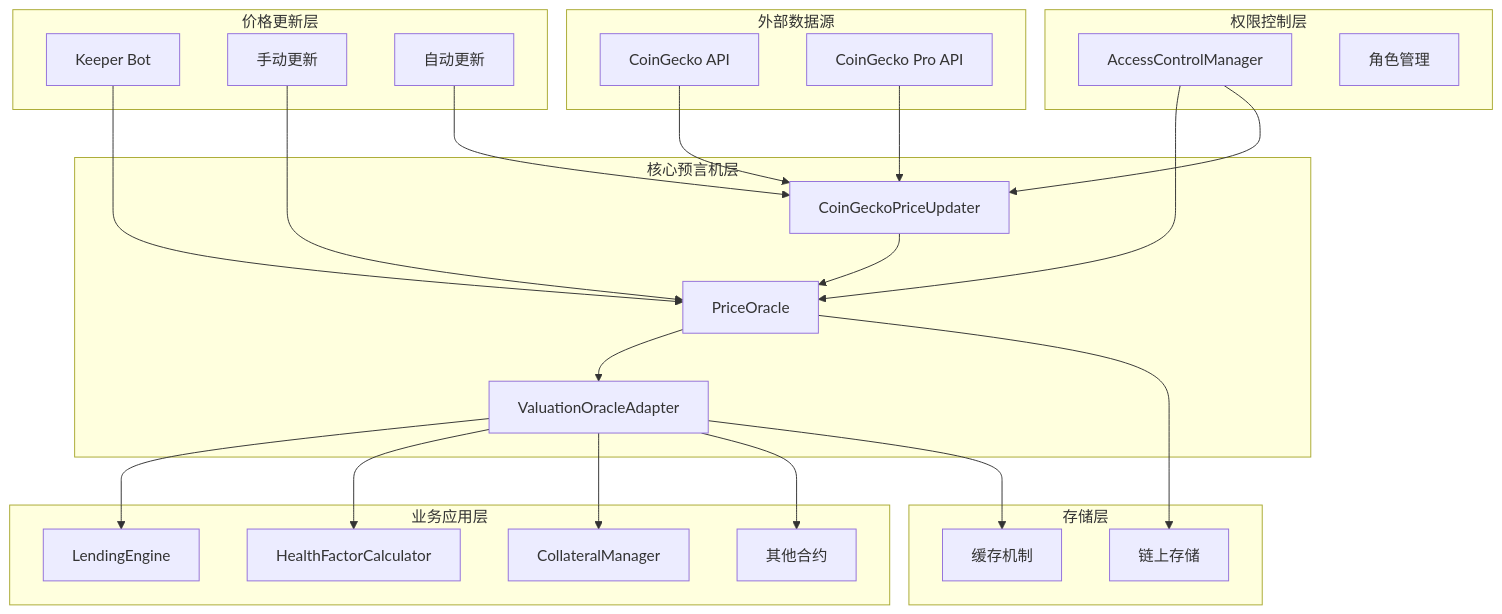
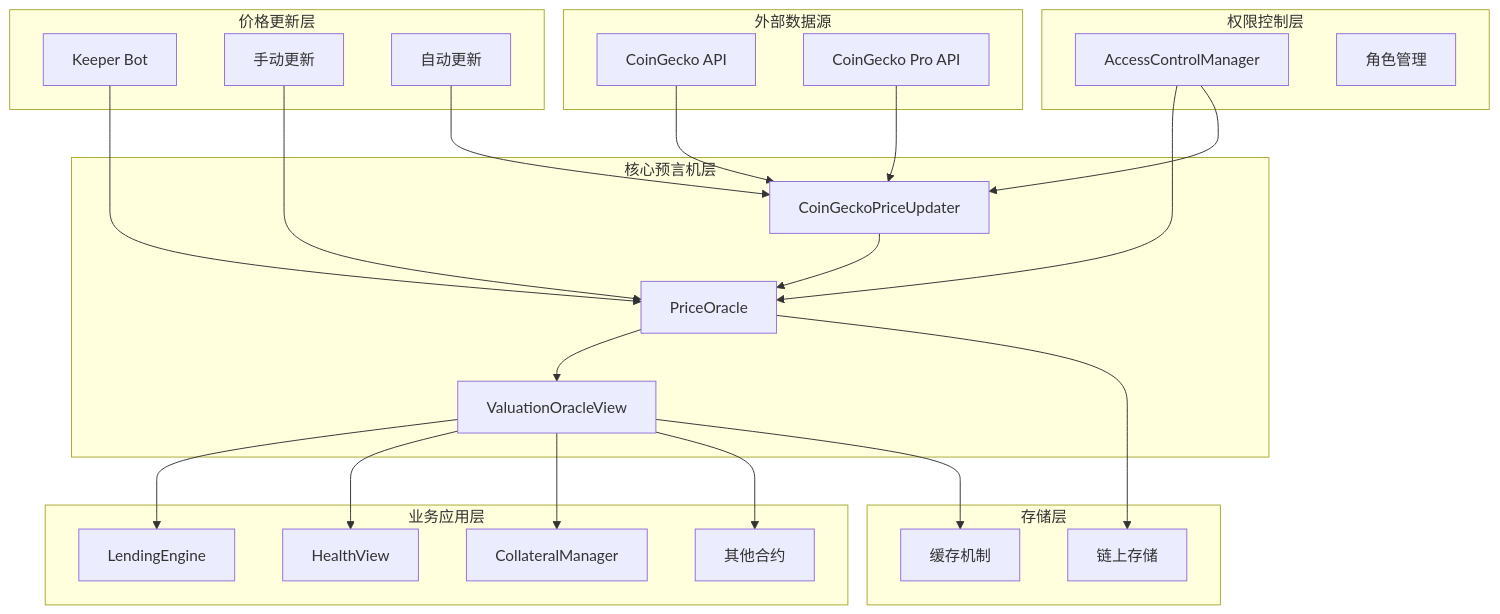
The first of 3 diagrams in docs/Usage-Guide/PriceOracle-Guide.md (Anyawb/contracts), drawn with Mermaid before and after one commit. The commit also changed other lines of this file and 347 other files, not shown here.

````diff
--- a/docs/Usage-Guide/PriceOracle-Guide.md
+++ b/docs/Usage-Guide/PriceOracle-Guide.md
@@ -106,52 +108,52 @@
 ```mermaid
 graph TB
     subgraph "外部数据源"
         CG[CoinGecko API]
         CG2[CoinGecko Pro API]
     end
     
     subgraph "价格更新层"
         Keeper[Keeper Bot]
         Manual[手动更新]
         Auto[自动更新]
     end
     
     subgraph "核心预言机层"
         PO[PriceOracle]
         CGU[CoinGeckoPriceUpdater]
-        VOA[ValuationOracleAdapter]
+        VOA[ValuationOracleView]
     end
     
     subgraph "权限控制层"
         ACM[AccessControlManager]
         Roles[角色管理]
     end
     
     subgraph "业务应用层"
         LE[LendingEngine]
-        HF[HealthFactorCalculator]
+        HF[HealthView]
         CM[CollateralManager]
         Other[其他合约]
     end
     
     subgraph "存储层"
         Storage[链上存储]
         Cache[缓存机制]
     end
     
     CG --> CGU
     CG2 --> CGU
     Keeper --> PO
     Manual --> PO
     Auto --> CGU
     CGU --> PO
     PO --> VOA
     VOA --> LE
     VOA --> HF
     VOA --> CM
     VOA --> Other
     ACM --> PO
     ACM --> CGU
     PO --> Storage
     VOA --> Cache
 ```
````
